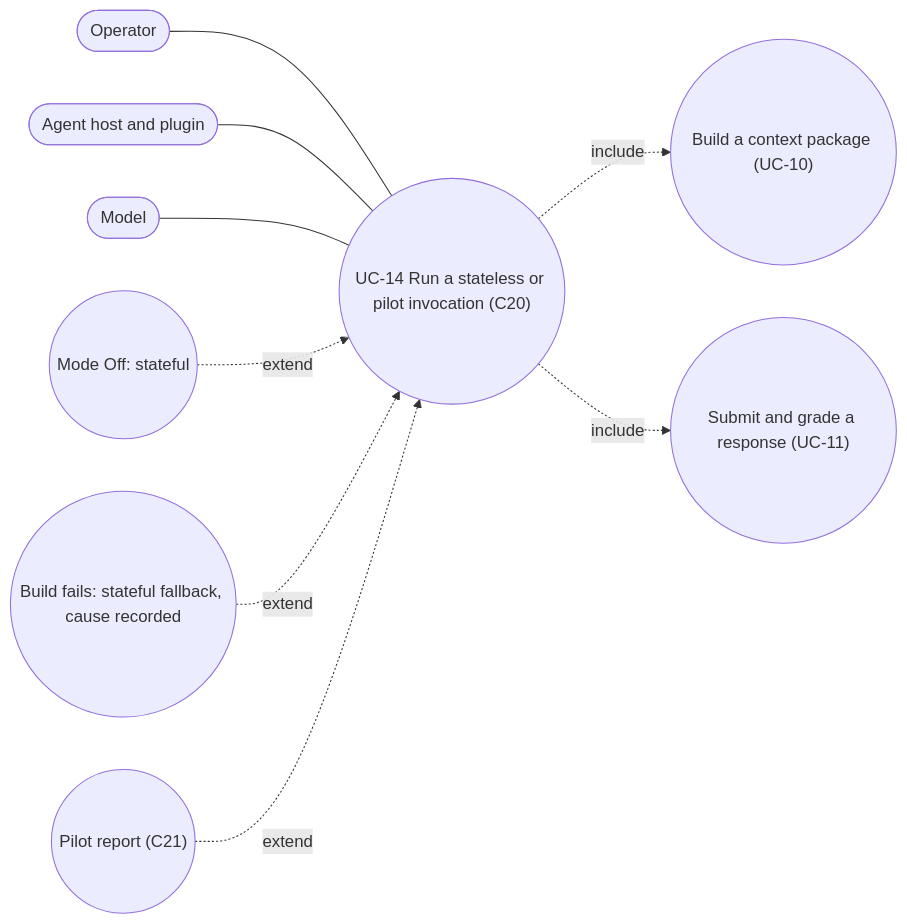
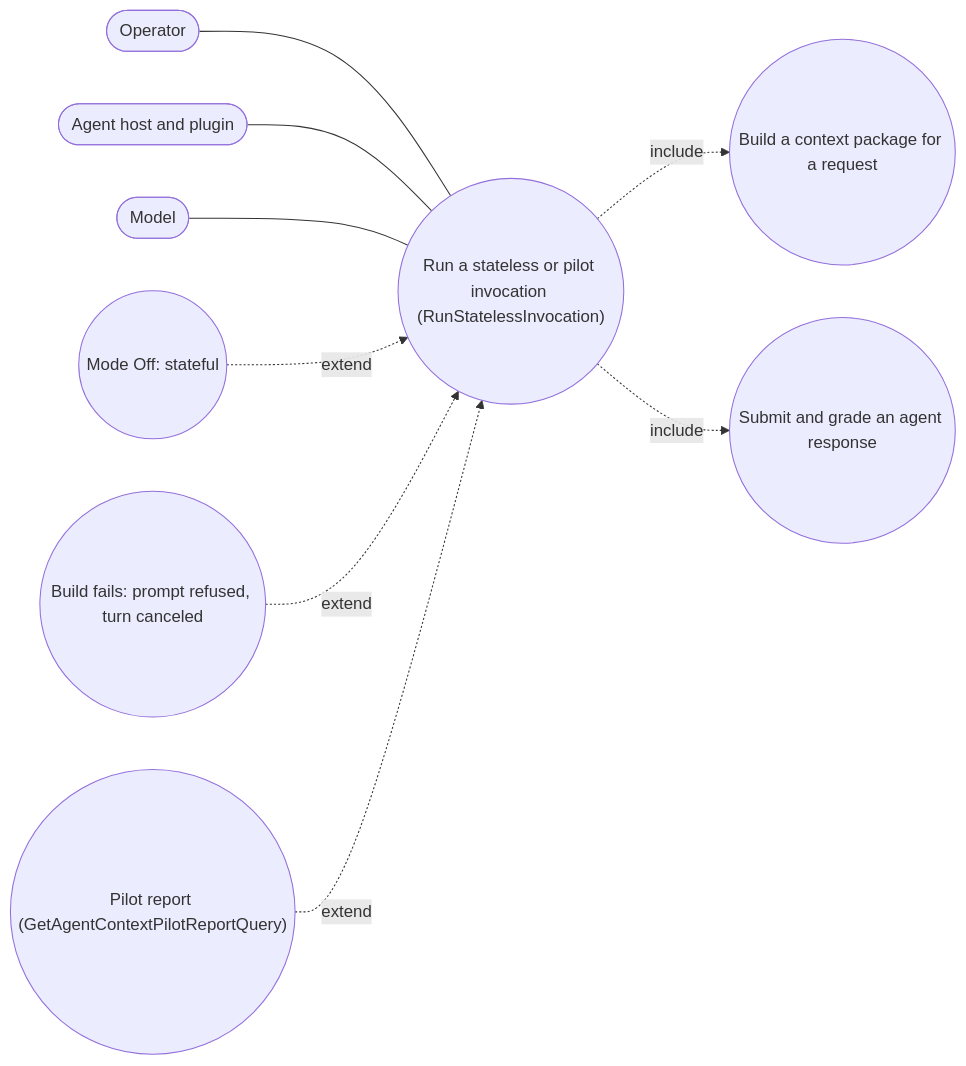
Diagram 54 of 59 in docs/Stateless-Agent-Context-Management.md (sharpninja/McpServer), drawn with Mermaid before and after one commit. The commit also changed other lines of this file, not shown here.

First line of the commit message:
docs: update stateless agent context for the PowerShell-only plugin core

````diff
--- a/docs/Stateless-Agent-Context-Management.md
+++ b/docs/Stateless-Agent-Context-Management.md
@@ -1492,11 +1716,11 @@
 ```mermaid
 flowchart LR
-    OP(["Operator"]) --- U(("UC-14 Run a stateless or pilot invocation (C20)"))
+    OP(["Operator"]) --- U(("Run a stateless or pilot invocation (RunStatelessInvocation)"))
     HO(["Agent host and plugin"]) --- U
     MD(["Model"]) --- U
-    U -. include .-> I1(("Build a context package (UC-10)"))
-    U -. include .-> I2(("Submit and grade a response (UC-11)"))
+    U -. include .-> I1(("Build a context package for a request"))
+    U -. include .-> I2(("Submit and grade an agent response"))
     E1(("Mode Off: stateful")) -. extend .-> U
-    E2(("Build fails: stateful fallback, cause recorded")) -. extend .-> U
-    E3(("Pilot report (C21)")) -. extend .-> U
+    E2(("Build fails: prompt refused, turn canceled")) -. extend .-> U
+    E3(("Pilot report (GetAgentContextPilotReportQuery)")) -. extend .-> U
 ```
````
